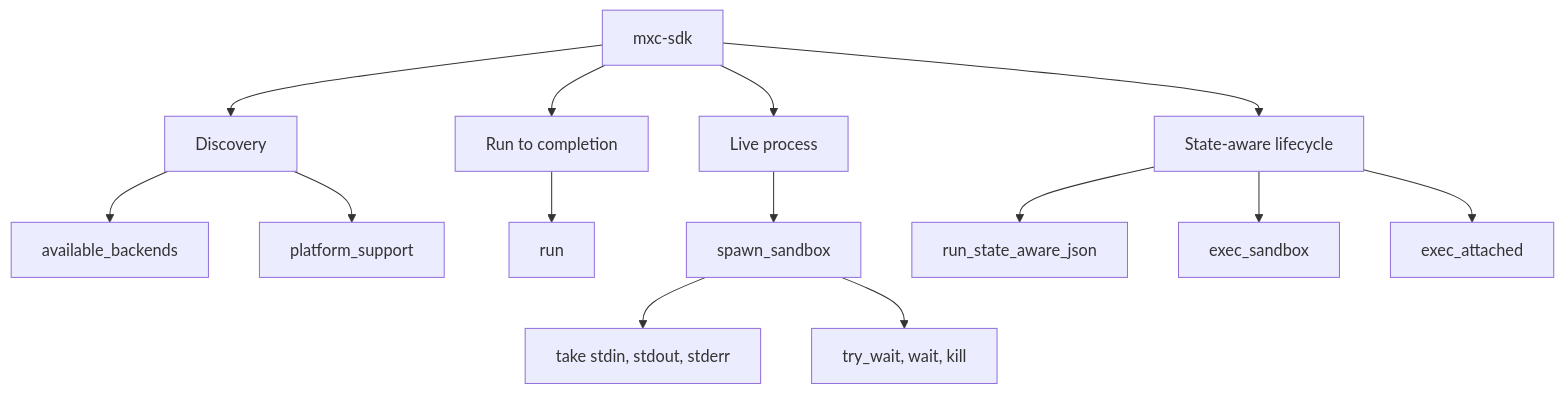
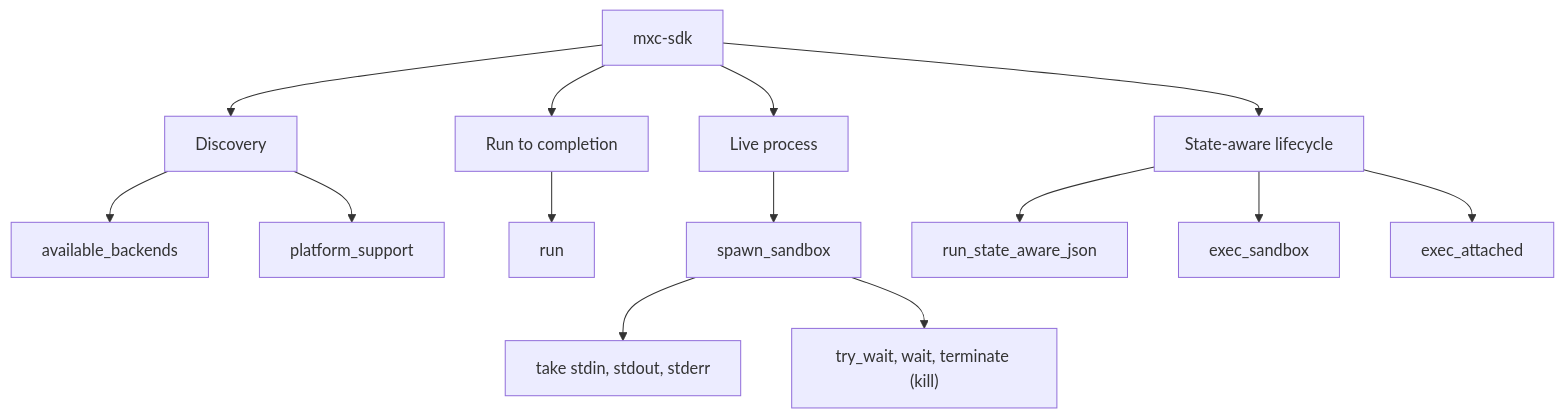
The second of 3 diagrams in docs/designs/SDK/rust-sdk-architecture.md (microsoft/mxc), drawn with Mermaid before and after one commit. The commit also changed other lines of this file and 2 other files, not shown here.

````diff
--- a/docs/designs/SDK/rust-sdk-architecture.md
+++ b/docs/designs/SDK/rust-sdk-architecture.md
@@ -47,17 +47,17 @@
 ```mermaid
 flowchart TD
     S[mxc-sdk]
     S --> D[Discovery]
     S --> R[Run to completion]
     S --> P[Live process]
     S --> A[State-aware lifecycle]
     D --> D1[available_backends]
     D --> D2[platform_support]
     R --> R1[run]
     P --> P1[spawn_sandbox]
     P1 --> P2[take stdin, stdout, stderr]
-    P1 --> P3[try_wait, wait, kill]
+    P1 --> P3["try_wait, wait, terminate (kill)"]
     A --> A1[run_state_aware_json]
     A --> A2[exec_sandbox]
     A --> A3[exec_attached]
 ```
````
